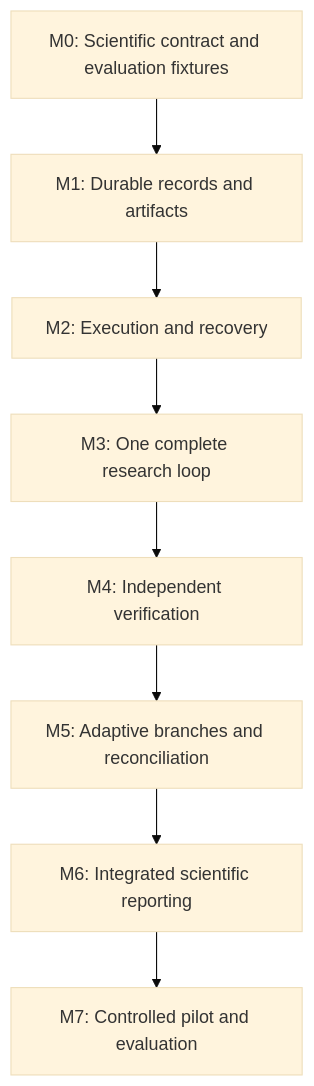
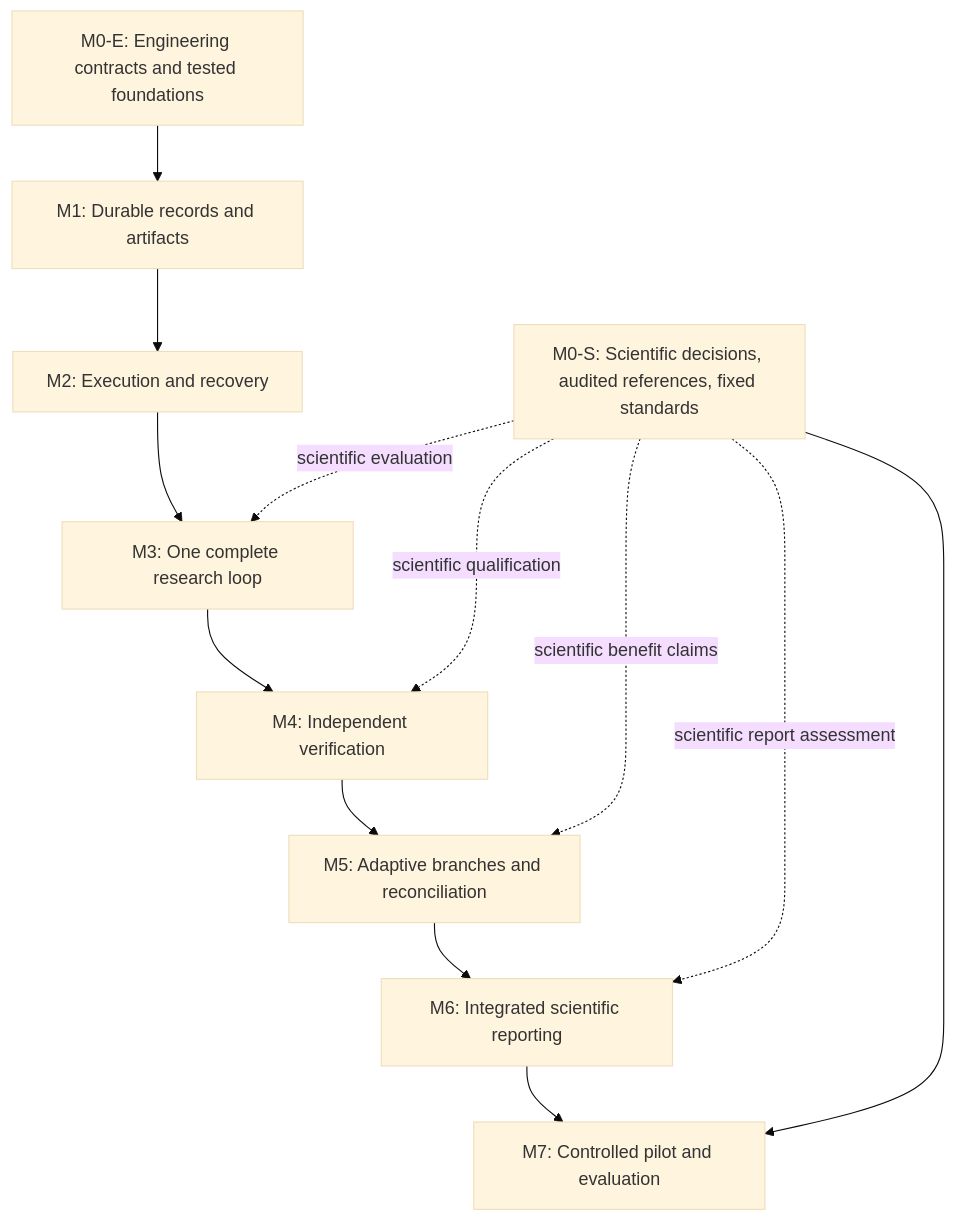
One commit to OtiDioti/research_pipeline changed the third of 3 diagrams in project_description.md. Above: the diagram before and after it, drawn with Mermaid (base theme). The commit also changed other lines of this file and 24 other files, not shown here.

````diff
--- a/project_description.md
+++ b/project_description.md
@@ -1290,10 +1292,15 @@
 ```mermaid
 flowchart TD
-    M0["M0: Scientific contract and evaluation fixtures"] --> M1["M1: Durable records and artifacts"]
+    M0E["M0-E: Engineering contracts and tested foundations"] --> M1["M1: Durable records and artifacts"]
     M1 --> M2["M2: Execution and recovery"]
     M2 --> M3["M3: One complete research loop"]
     M3 --> M4["M4: Independent verification"]
     M4 --> M5["M5: Adaptive branches and reconciliation"]
     M5 --> M6["M6: Integrated scientific reporting"]
     M6 --> M7["M7: Controlled pilot and evaluation"]
+    M0S["M0-S: Scientific decisions, audited references, fixed standards"] -. scientific evaluation .-> M3
+    M0S -. scientific qualification .-> M4
+    M0S -. scientific benefit claims .-> M5
+    M0S -. scientific report assessment .-> M6
+    M0S --> M7
 ```
````
